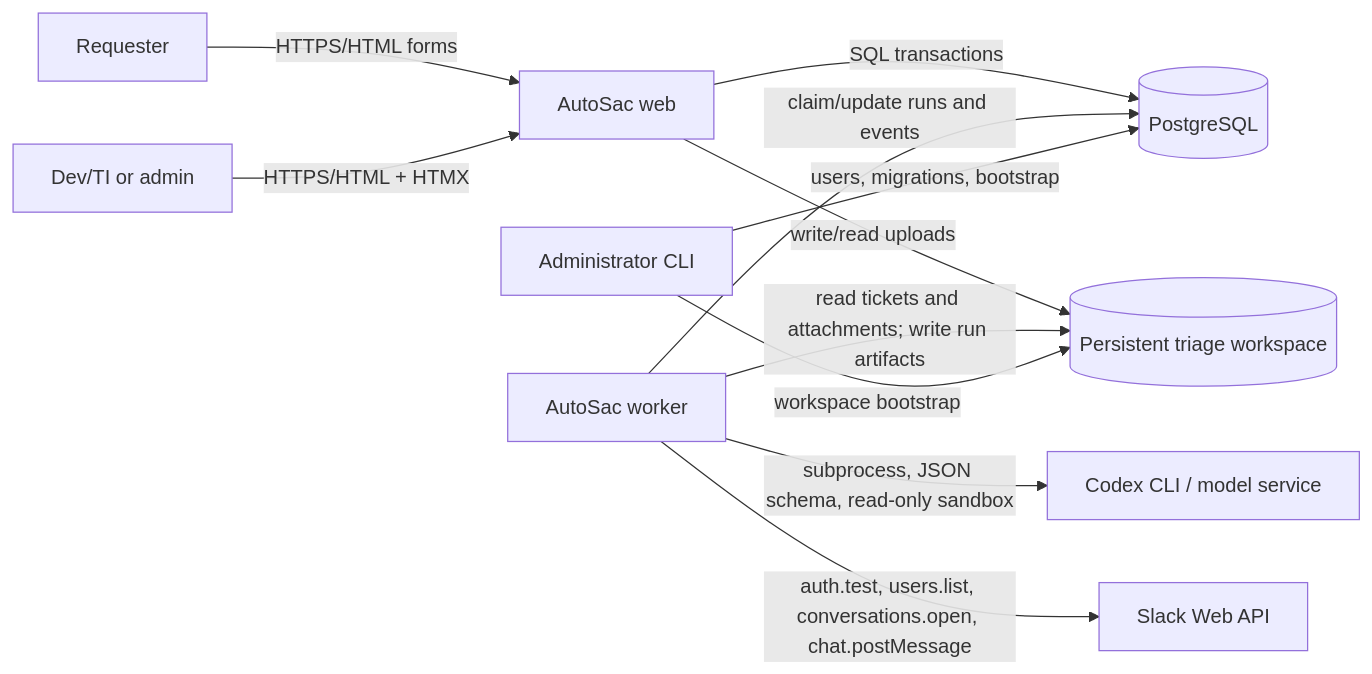
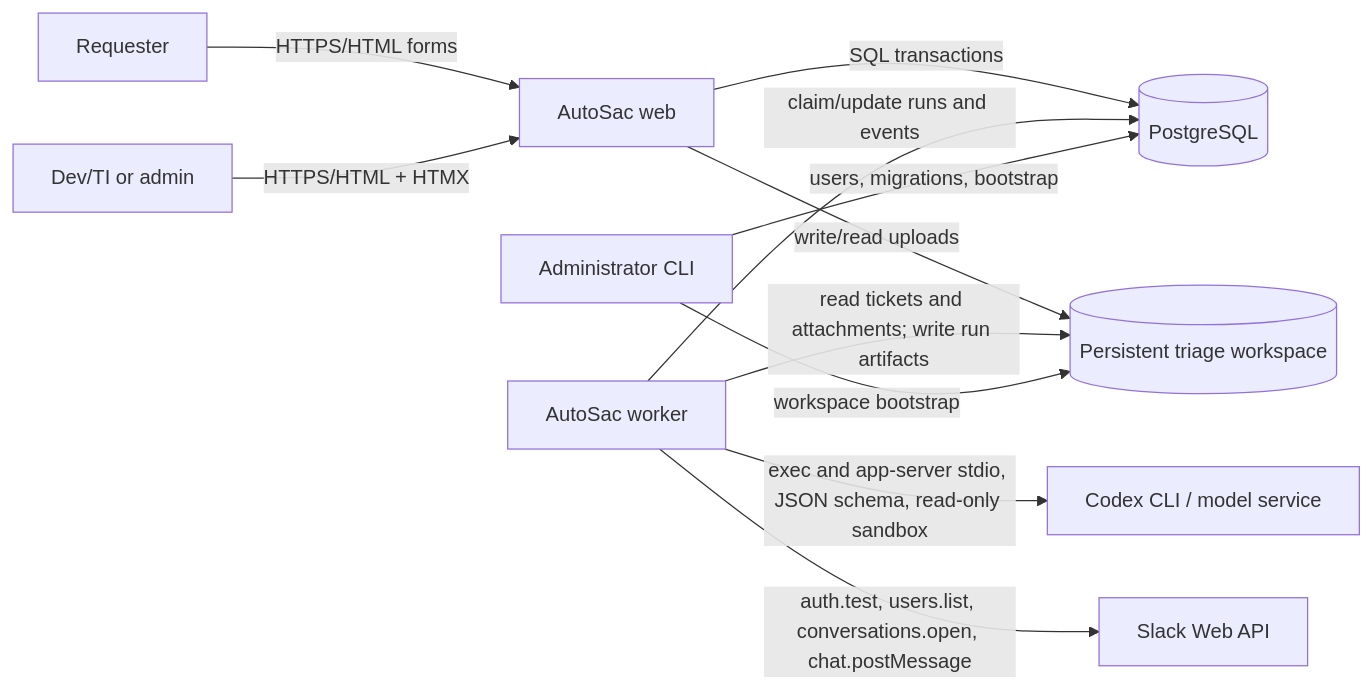
One commit to mrauter1/AutoSac changed the second of 4 diagrams in architecture/system-overview.md. Above: the diagram before and after it, drawn with Mermaid. The commit also changed other lines of this file and 42 other files, not shown here.

````diff
--- a/architecture/system-overview.md
+++ b/architecture/system-overview.md
@@ -42,13 +42,13 @@
 ```mermaid
 flowchart LR
     REQUESTER[Requester] -->|HTTPS/HTML forms| WEB[AutoSac web]
     OPS[Dev/TI or admin] -->|HTTPS/HTML + HTMX| WEB
     WEB -->|SQL transactions| DB[(PostgreSQL)]
     WEB -->|write/read uploads| FS[(Persistent triage workspace)]
     WORKER[AutoSac worker] -->|claim/update runs and events| DB
     WORKER -->|read tickets and attachments; write run artifacts| FS
-    WORKER -->|subprocess, JSON schema, read-only sandbox| CODEX[Codex CLI / model service]
+    WORKER -->|exec and app-server stdio, JSON schema, read-only sandbox| CODEX[Codex CLI / model service]
     WORKER -->|auth.test, users.list, conversations.open, chat.postMessage| SLACK[Slack Web API]
     ADMIN[Administrator CLI] -->|users, migrations, bootstrap| DB
     ADMIN -->|workspace bootstrap| FS
 ```
````
